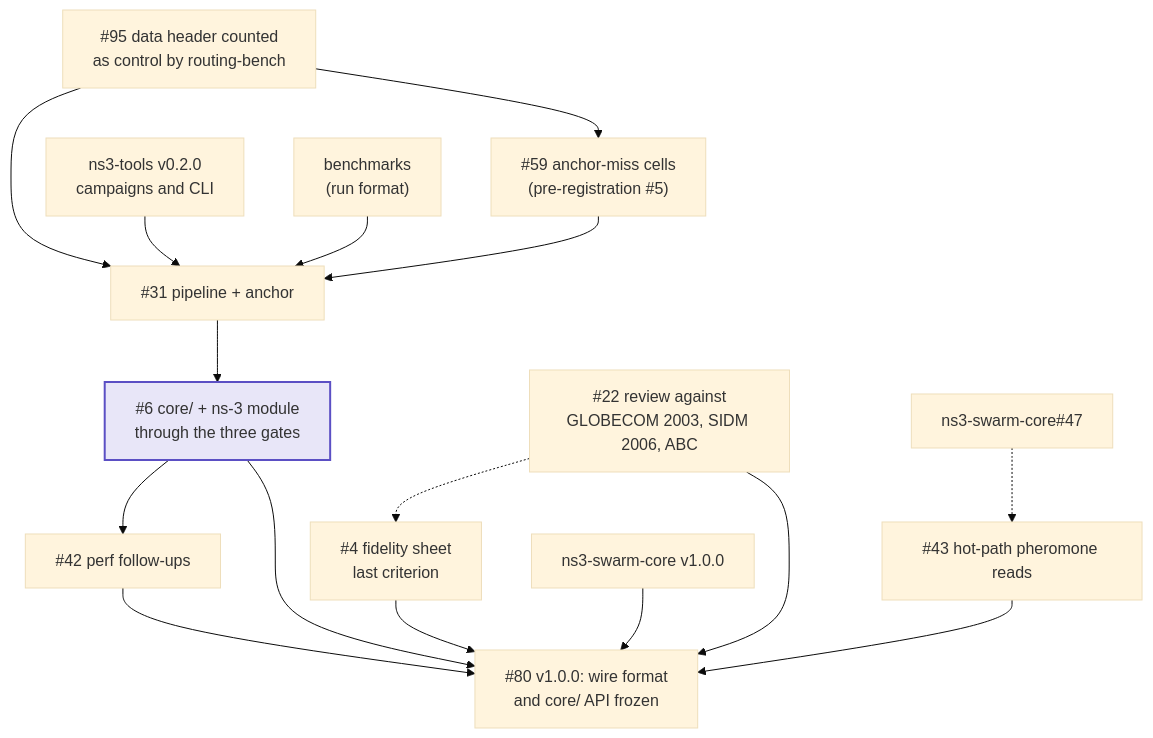
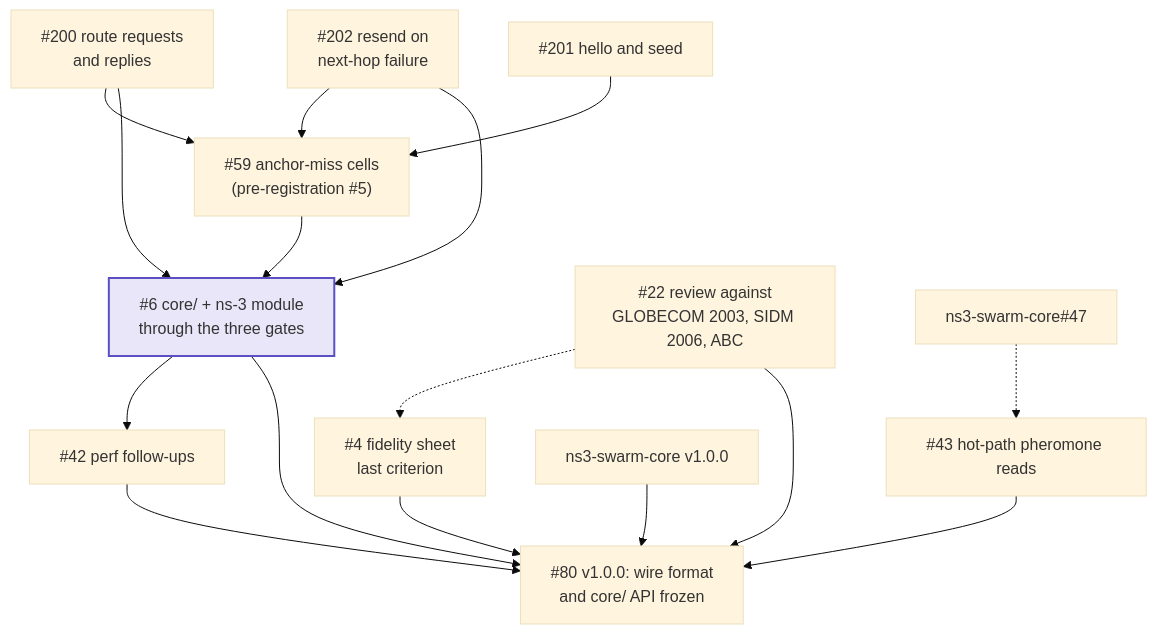
The second of 2 diagrams in docs/roadmap.md (swarm-routing/Termite), drawn with Mermaid (base theme) before and after one commit. The commit also changed other lines of this file, not shown here.

First paragraph of the commit message:
docs(roadmap): settle the v0.2.0 scope: the control plane gates it (#215)
## Summary

````diff
--- a/docs/roadmap.md
+++ b/docs/roadmap.md
@@ -52,35 +52,34 @@
 ```mermaid
 flowchart TB
-    I95["#95 data header counted<br/>as control by routing-bench"]
+    I200["#200 route requests<br/>and replies"]
+    I201["#201 hello and seed"]
+    I202["#202 resend on<br/>next-hop failure"]
     I59["#59 anchor-miss cells<br/>(pre-registration #5)"]
     I6["#6 core/ + ns-3 module<br/>through the three gates"]
-    I31["#31 pipeline + anchor"]
     I4["#4 fidelity sheet<br/>last criterion"]
     I22["#22 review against<br/>GLOBECOM 2003, SIDM 2006, ABC"]
     I42["#42 perf follow-ups"]
     I43["#43 hot-path pheromone reads"]
     I80["#80 v1.0.0: wire format<br/>and core/ API frozen"]
 
     SC47["ns3-swarm-core#47"]
-    NT["ns3-tools v0.2.0<br/>campaigns and CLI"]
     SC10["ns3-swarm-core v1.0.0"]
-    BM["benchmarks<br/>(run format)"]
 
-    I95 --> I31
-    I95 --> I59
-    NT --> I31
-    BM --> I31
-    I59 --> I31
-    I31 --> I6
+    I200 --> I59
+    I201 --> I59
+    I202 --> I59
+    I200 --> I6
+    I202 --> I6
+    I59 --> I6
     I6 --> I42
     SC47 -.-> I43
     I22 -.-> I4
     I6 --> I80
     I4 --> I80
     I22 --> I80
     I42 --> I80
     I43 --> I80
     SC10 --> I80
 
     style I6 fill:#e8e6f8,stroke:#5b4fc4,stroke-width:2px
 ```
````
